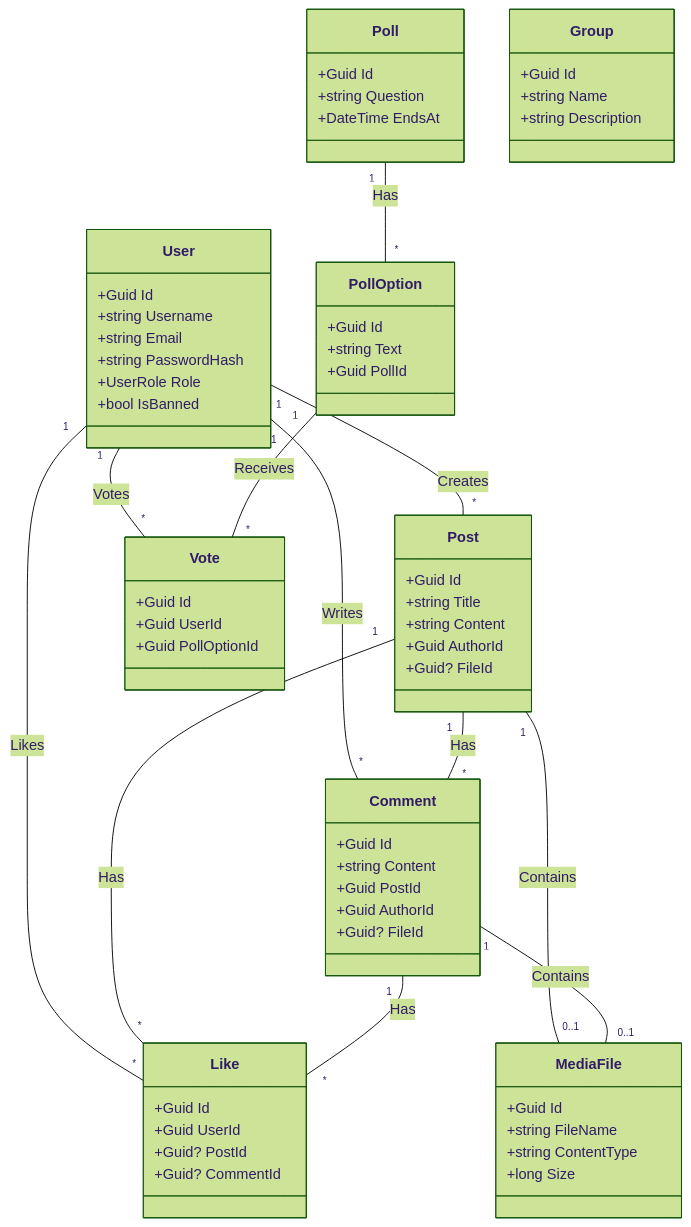
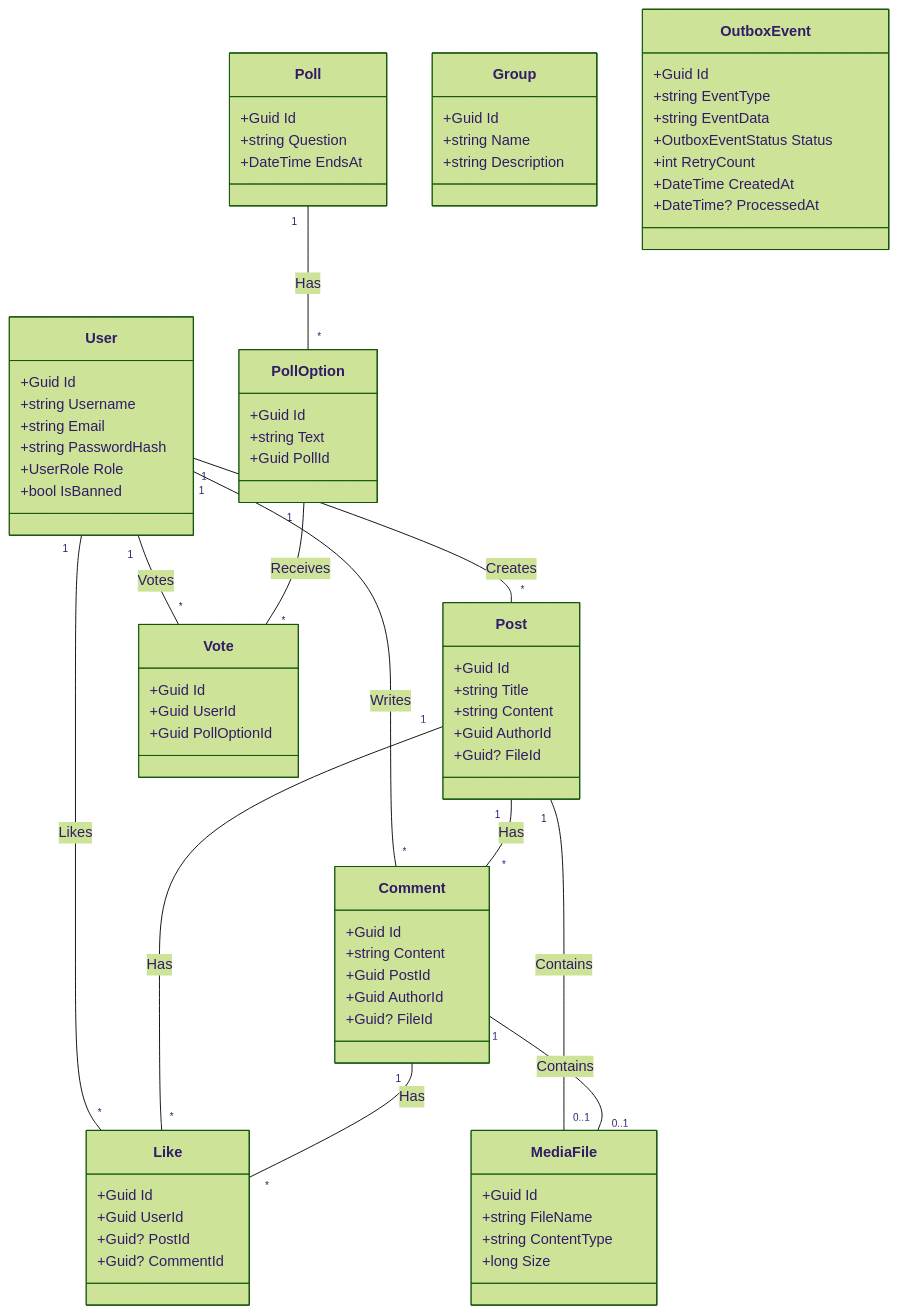
One commit to SitholeWB/social-media-api changed the diagram in docs/DOMAIN.md. Above: the diagram before and after it, drawn with Mermaid (forest theme). The commit also changed other lines of this file and 1 other file, not shown here.

Commit message:
docs: Add domain model and integration testing documentation.

````diff
--- a/docs/DOMAIN.md
+++ b/docs/DOMAIN.md
@@ -81,6 +81,17 @@
     Comment "1" -- "*" Like : Has
     Comment "1" -- "0..1" MediaFile : Contains
 
+
+    class OutboxEvent {
+        +Guid Id
+        +string EventType
+        +string EventData
+        +OutboxEventStatus Status
+        +int RetryCount
+        +DateTime CreatedAt
+        +DateTime? ProcessedAt
+    }
+
     Poll "1" -- "*" PollOption : Has
     PollOption "1" -- "*" Vote : Receives
 ```
````
